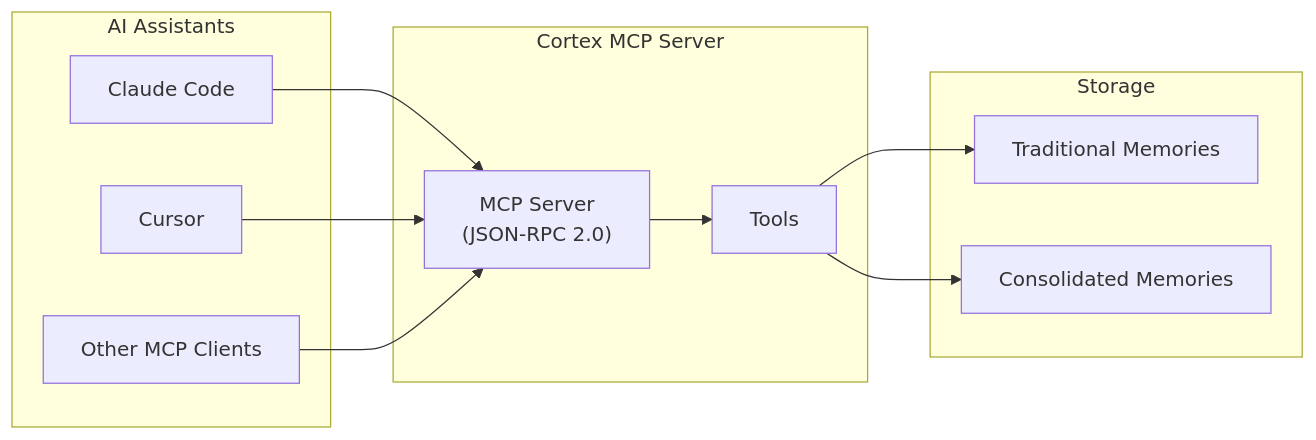
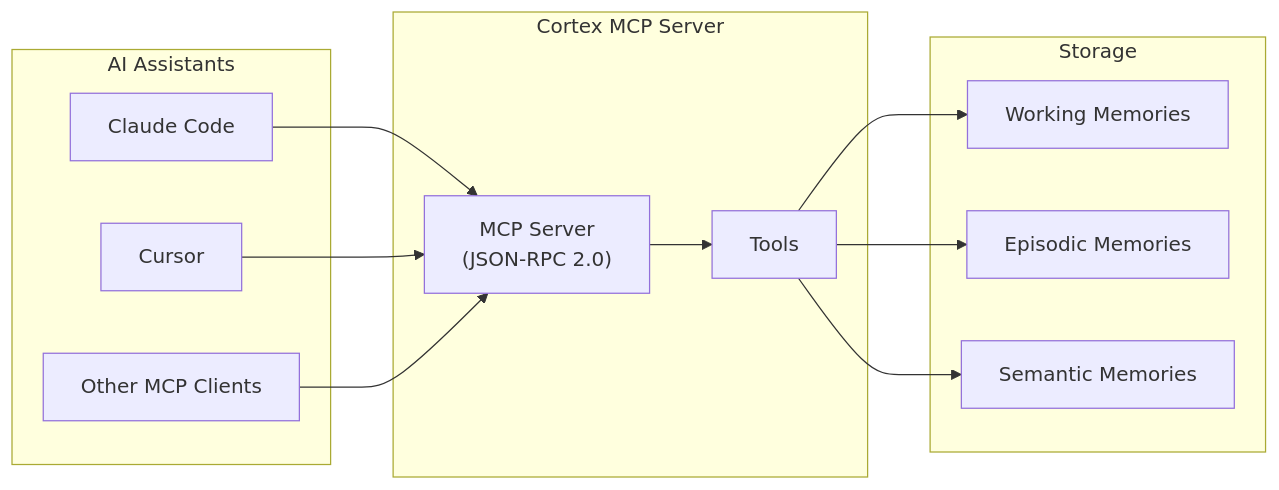
The first of 5 diagrams in docs/MCP.md (fmatsos/cortex), drawn with Mermaid before and after one commit. The commit also changed other lines of this file and 9 other files, not shown here.

````diff
--- a/docs/MCP.md
+++ b/docs/MCP.md
@@ -14,25 +14,27 @@
 ```mermaid
 graph LR
     subgraph "AI Assistants"
         Claude["Claude Code"]
         Cursor["Cursor"]
         Other["Other MCP Clients"]
     end
 
     subgraph "Cortex MCP Server"
         Server["MCP Server<br/>(JSON-RPC 2.0)"]
         Tools["Tools"]
     end
 
     subgraph "Storage"
-        Memories["Traditional Memories"]
-        Consolidated["Consolidated Memories"]
+        Working["Working Memories"]
+        Episodic["Episodic Memories"]
+        Semantic["Semantic Memories"]
     end
 
     Claude --> Server
     Cursor --> Server
     Other --> Server
     Server --> Tools
-    Tools --> Memories
-    Tools --> Consolidated
+    Tools --> Working
+    Tools --> Episodic
+    Tools --> Semantic
 ```
````
